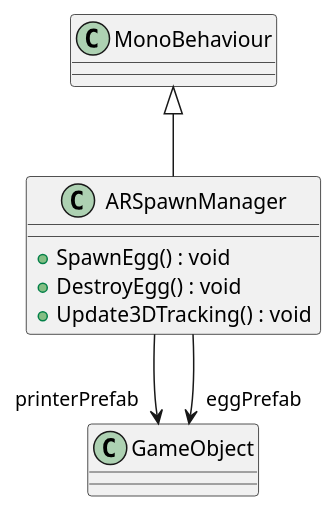
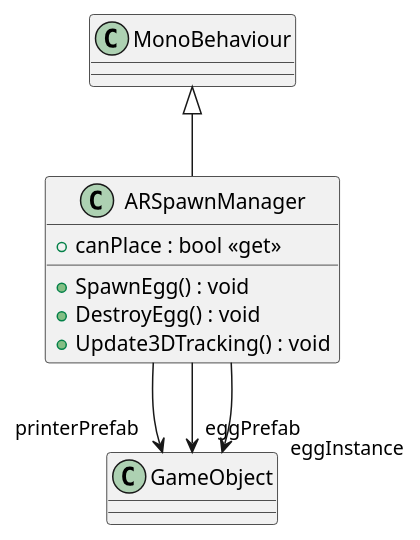
Before and after one commit to Ubus99/AR_Project: the diagram in Documentation/puml/Assets/Scripts/ARSpawnManager.puml, drawn with PlantUML. The commit also changed 12 other files, not shown here.

```diff
--- a/Documentation/puml/Assets/Scripts/ARSpawnManager.puml
+++ b/Documentation/puml/Assets/Scripts/ARSpawnManager.puml
@@ -1,10 +1,12 @@
 @startuml
 class ARSpawnManager {
+    + canPlace : bool <<get>>
     + SpawnEgg() : void
     + DestroyEgg() : void
     + Update3DTracking() : void
 }
 MonoBehaviour <|-- ARSpawnManager
 ARSpawnManager --> "printerPrefab" GameObject
 ARSpawnManager --> "eggPrefab" GameObject
+ARSpawnManager --> "eggInstance" GameObject
 @enduml
```
